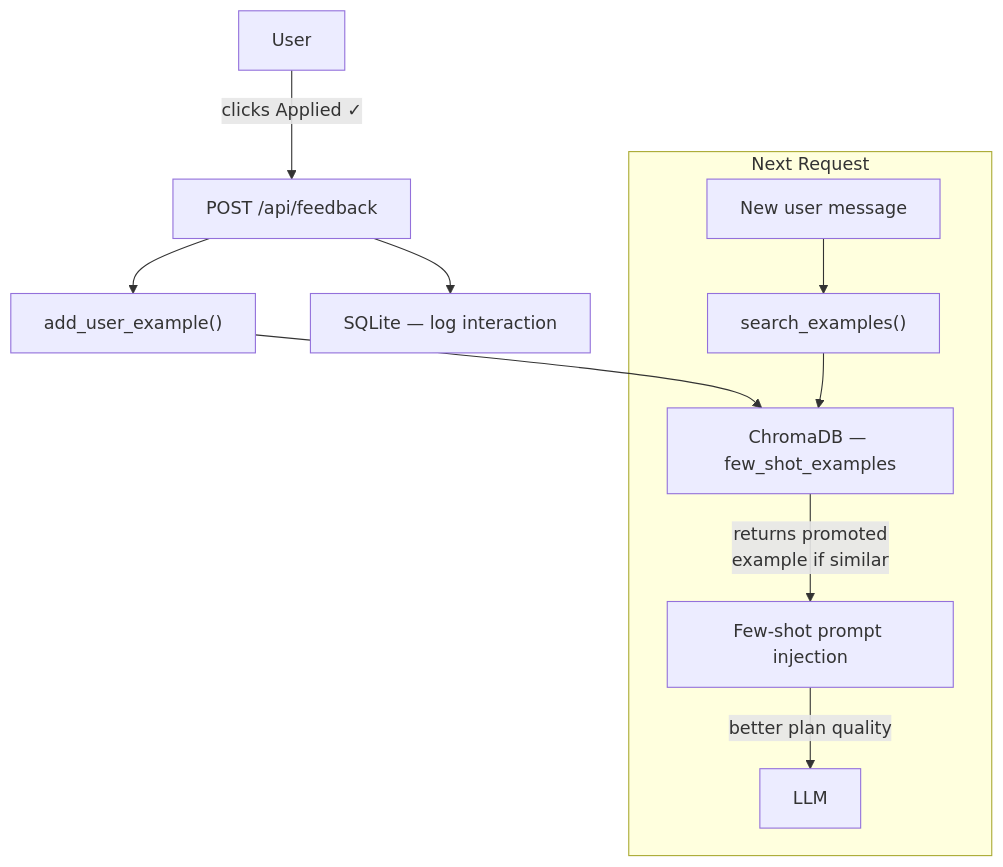
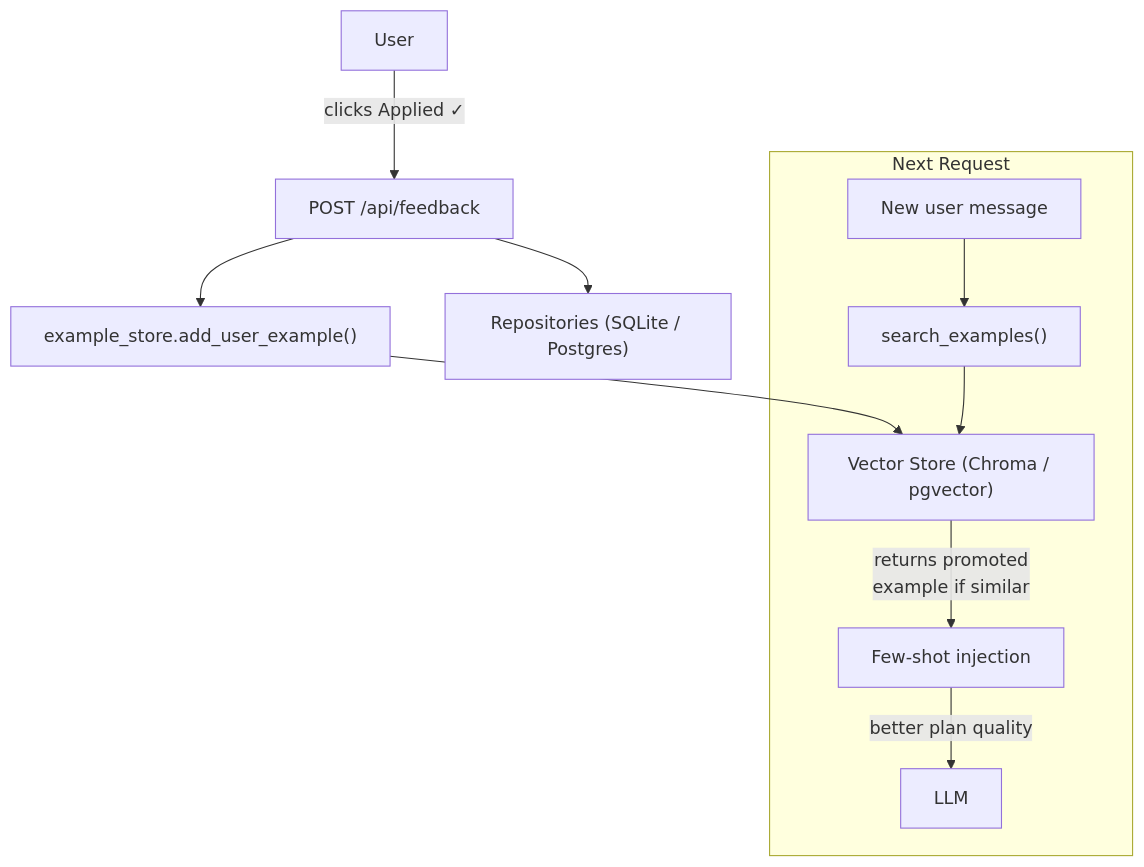
The tenth of 12 diagrams in docs/ARCHITECTURE.md (gal14g/AI-Assistant-for-Excel), drawn with Mermaid before and after one commit. The commit also changed other lines of this file and 1 other file, not shown here.

First line of the commit message:
Refresh ARCHITECTURE.md + AIRGAP.md for current state

````diff
--- a/docs/ARCHITECTURE.md
+++ b/docs/ARCHITECTURE.md
@@ -413,14 +707,14 @@
 ```mermaid
 flowchart TB
     User -->|"clicks Applied ✓"| FeedbackAPI["POST /api/feedback"]
-    FeedbackAPI --> SQLite["SQLite — log interaction"]
-    FeedbackAPI --> Promote["add_user_example()"]
-    Promote --> ChromaDB["ChromaDB — few_shot_examples"]
+    FeedbackAPI --> Repo["Repositories (SQLite / Postgres)"]
+    FeedbackAPI --> Promote["example_store.add_user_example()"]
+    Promote --> VecStore["Vector Store (Chroma / pgvector)"]
 
     subgraph "Next Request"
         NewMsg["New user message"] --> Search["search_examples()"]
-        Search --> ChromaDB
-        ChromaDB -->|"returns promoted\nexample if similar"| FewShot["Few-shot prompt injection"]
+        Search --> VecStore
+        VecStore -->|"returns promoted<br/>example if similar"| FewShot["Few-shot injection"]
         FewShot -->|"better plan quality"| LLM["LLM"]
     end
 ```
````
